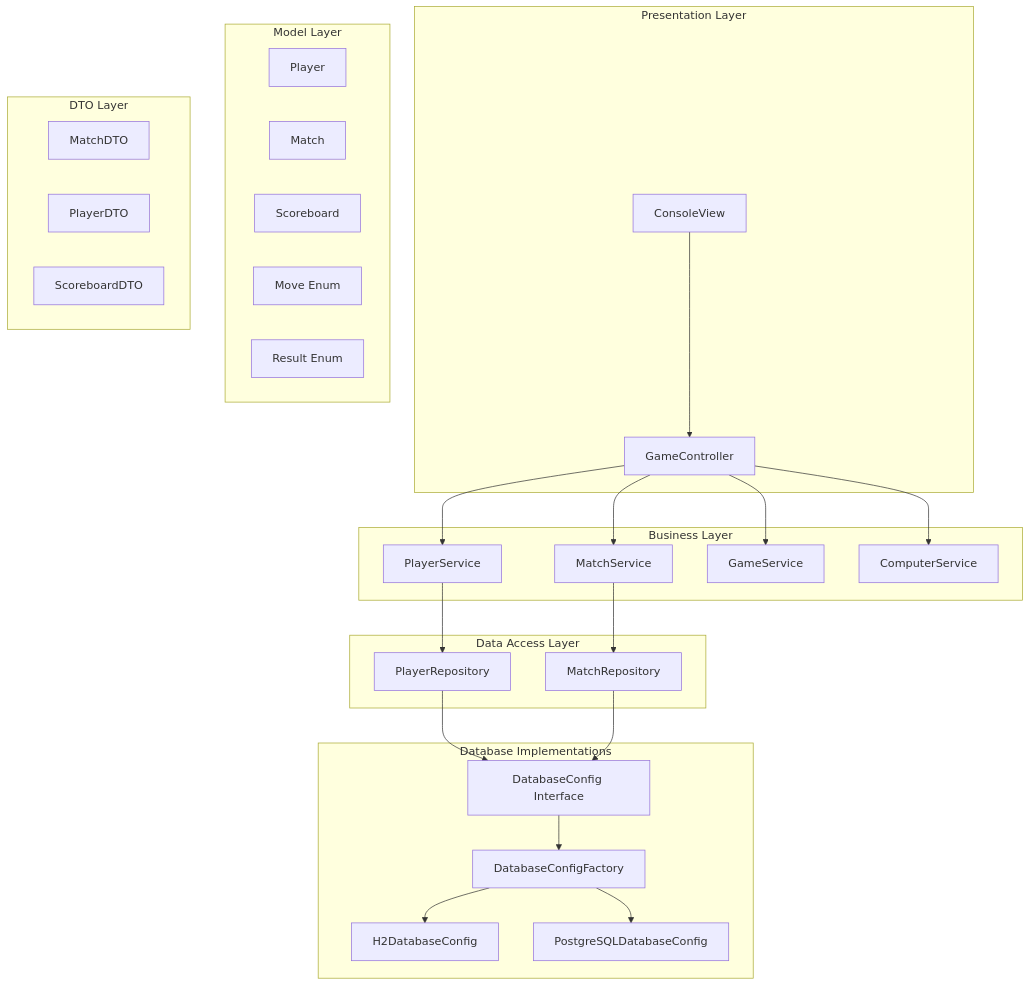
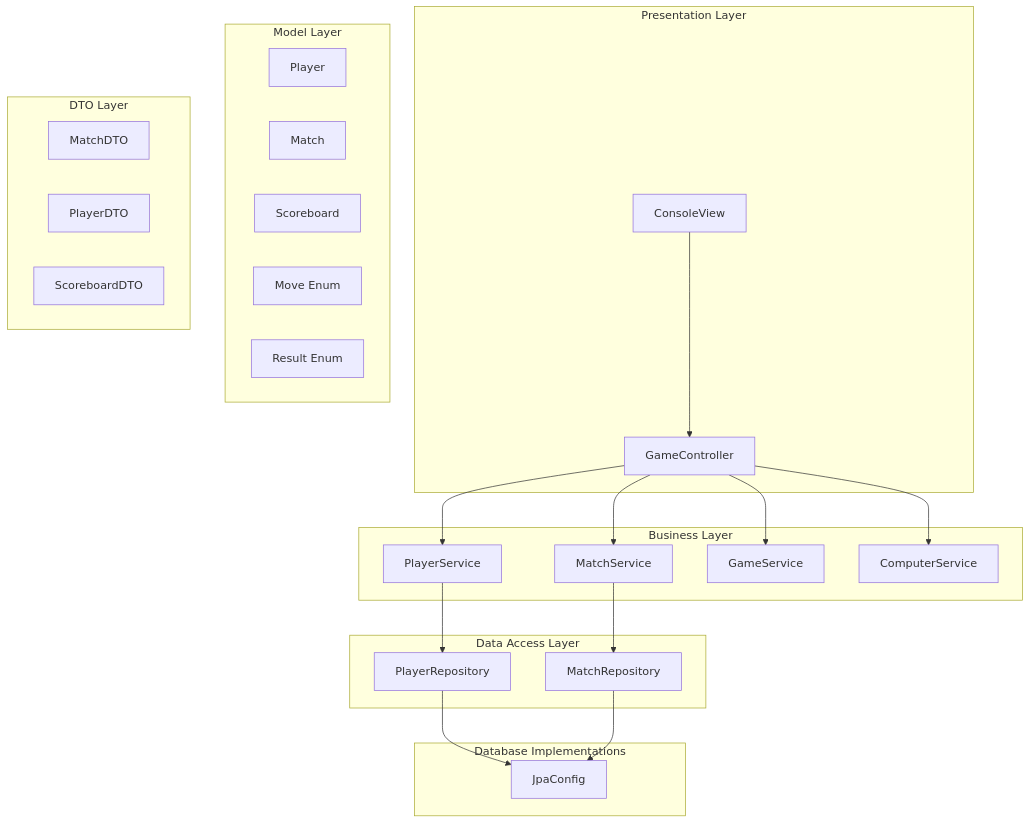
The first of 2 diagrams in README.md (mrnascimentodev/java-rock-paper-scissors-console-game), drawn with Mermaid before and after one commit. The commit also changed other lines of this file, not shown here.

Commit message:
refactor: update `README.md`

````diff
--- a/README.md
+++ b/README.md
@@ -34,40 +34,37 @@
 ```mermaid
 graph TB
     subgraph "Presentation Layer"
         A[ConsoleView] --> B[GameController]
     end
 
     subgraph "Business Layer"
         B --> C[PlayerService]
         B --> D[MatchService]
         B --> E[GameService]
         B --> F[ComputerService]
     end
 
     subgraph "Data Access Layer"
         C --> G[PlayerRepository]
         D --> H[MatchRepository]
     end
 
     subgraph "Database Implementations"
-        G --> I[DatabaseConfig Interface]
+        G --> I[JpaConfig]
         H --> I
-        I --> J[DatabaseConfigFactory]
-        J --> K[H2DatabaseConfig]
-        J --> L[PostgreSQLDatabaseConfig]
     end
 
     subgraph "Model Layer"
-        M[Player]
-        N[Match]
-        O[Scoreboard]
-        P[Move Enum]
-        Q[Result Enum]
+        J[Player]
+        K[Match]
+        L[Scoreboard]
+        M[Move Enum]
+        N[Result Enum]
     end
 
     subgraph "DTO Layer"
-        R[MatchDTO]
-        S[PlayerDTO]
-        T[ScoreboardDTO]
+        O[MatchDTO]
+        P[PlayerDTO]
+        Q[ScoreboardDTO]
     end
 ```
````
